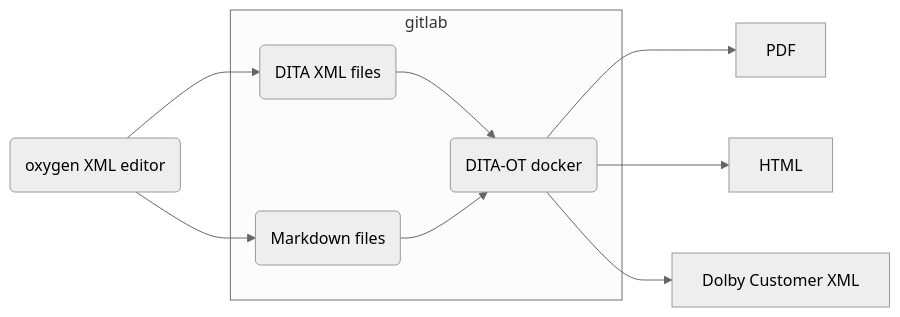
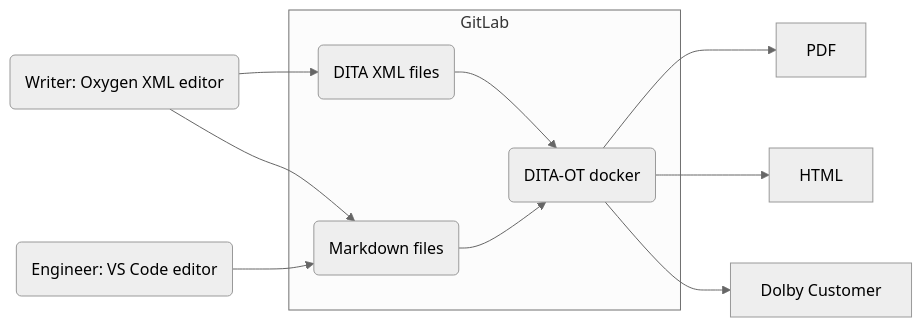
One commit to db4rr/soapconf23 changed the first of 3 diagrams in slides.md. Above: the diagram before and after it, drawn with Mermaid. The commit also changed other lines of this file, not shown here.

```diff
--- a/slides.md
+++ b/slides.md
@@ -39,10 +39,12 @@
 <pre class="mermaid">
 %%{init: {'theme': 'neutral' } }%%
 graph LR
-    oxygen(oxygen XML editor) --> XML & MD
-    subgraph gitlab
+    oxygen(Writer: Oxygen XML editor) --> XML & MD
+    vscode(Engineer: VS Code editor) --> MD
+
+    subgraph GitLab
         XML("DITA XML files") --> DITA("DITA-OT docker")
         MD("Markdown files") --> DITA
     end
-    DITA --> PDF & HTML & DBCU[Dolby Customer XML]
+    DITA --> PDF & HTML & DBCU[Dolby Customer]
 </pre>
```
